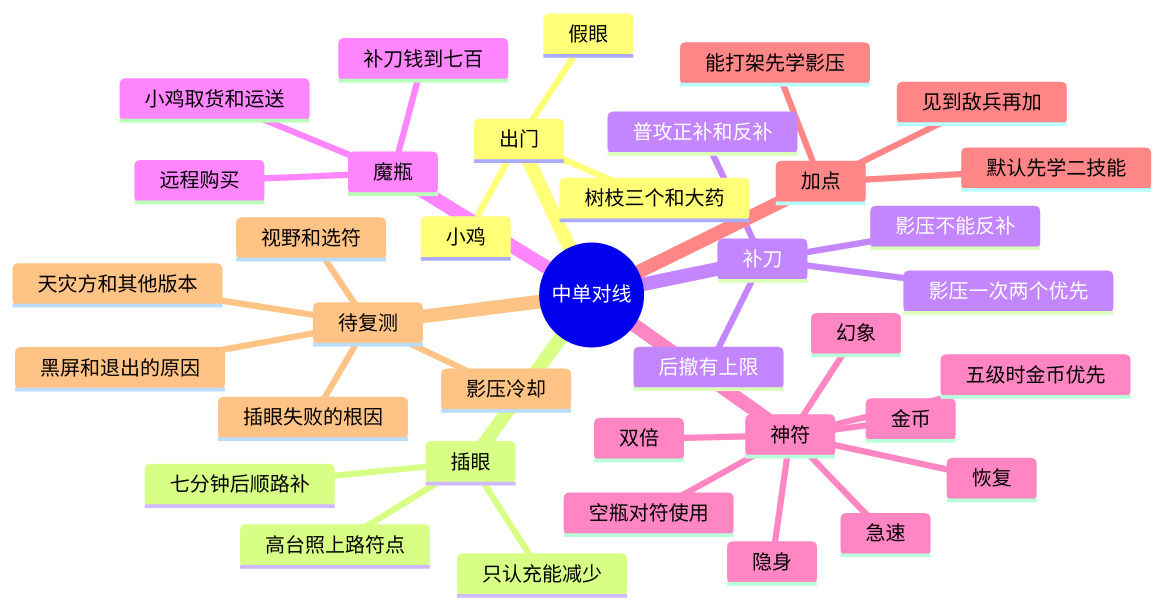
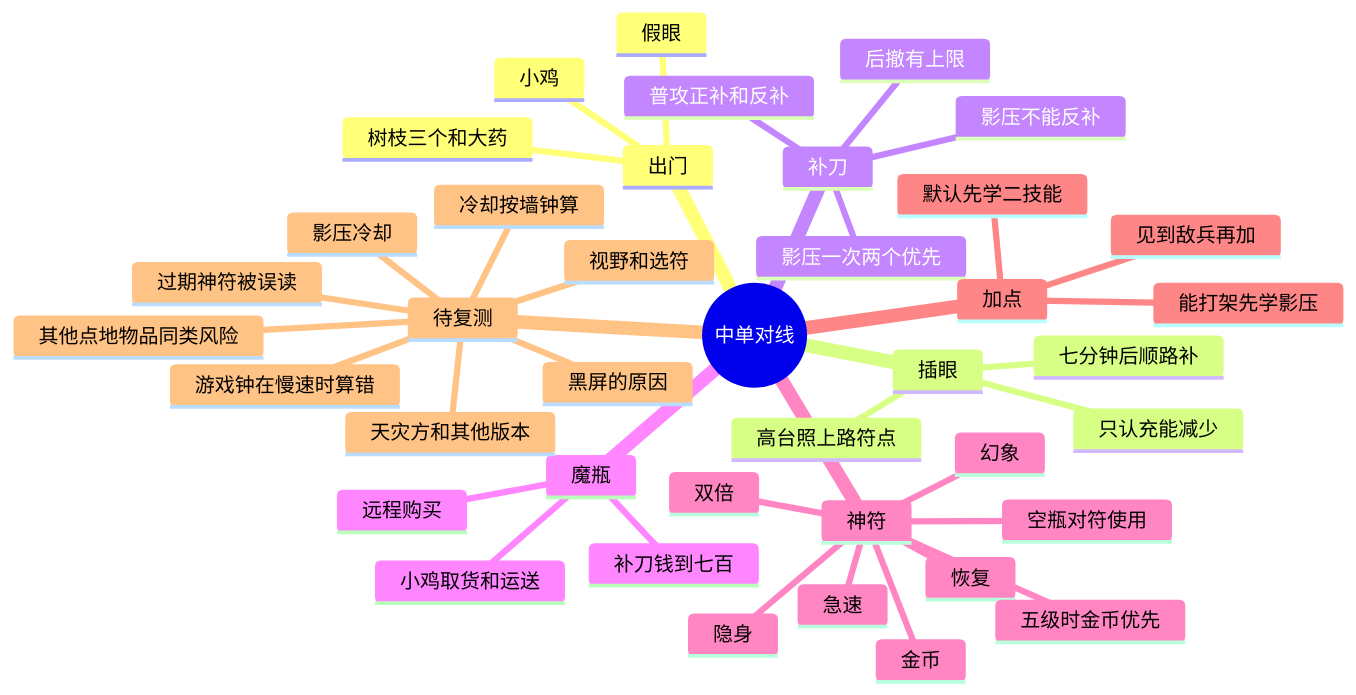
Before and after one commit to wuxiancong/War3Analysis: the diagram in analyses/dota-ai-laning-routine-mindmap.md, drawn with Mermaid. The commit also changed other lines of this file and 1 other file, not shown here.

Commit message:
分析：更新对线常规文档与导图。

````diff
--- a/analyses/dota-ai-laning-routine-mindmap.md
+++ b/analyses/dota-ai-laning-routine-mindmap.md
@@ -9,40 +9,43 @@
 ```mermaid
 mindmap
   root((中单对线))
     出门
       小鸡
       树枝三个和大药
       假眼
     插眼
       高台照上路符点
       只认充能减少
       七分钟后顺路补
     补刀
       普攻正补和反补
       影压一次两个优先
       影压不能反补
       后撤有上限
     魔瓶
       补刀钱到七百
       远程购买
       小鸡取货和运送
     神符
       隐身
       急速
       双倍
       幻象
       恢复
       金币
       五级时金币优先
       空瓶对符使用
     加点
       见到敌兵再加
       默认先学二技能
       能打架先学影压
     待复测
-      插眼失败的根因
-      黑屏和退出的原因
+      游戏钟在慢速时算错
+      过期神符被误读
+      冷却按墙钟算
+      其他点地物品同类风险
+      黑屏的原因
       视野和选符
       影压冷却
       天灾方和其他版本
 ```
````
